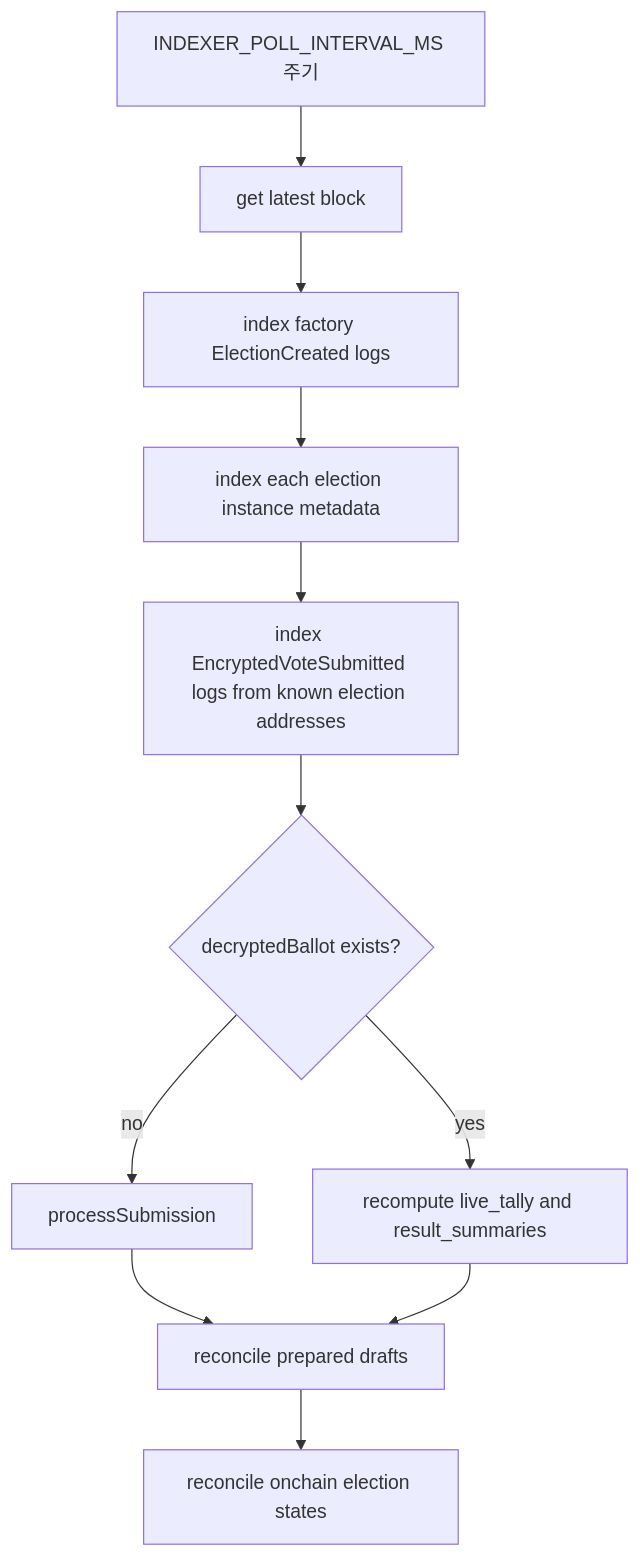
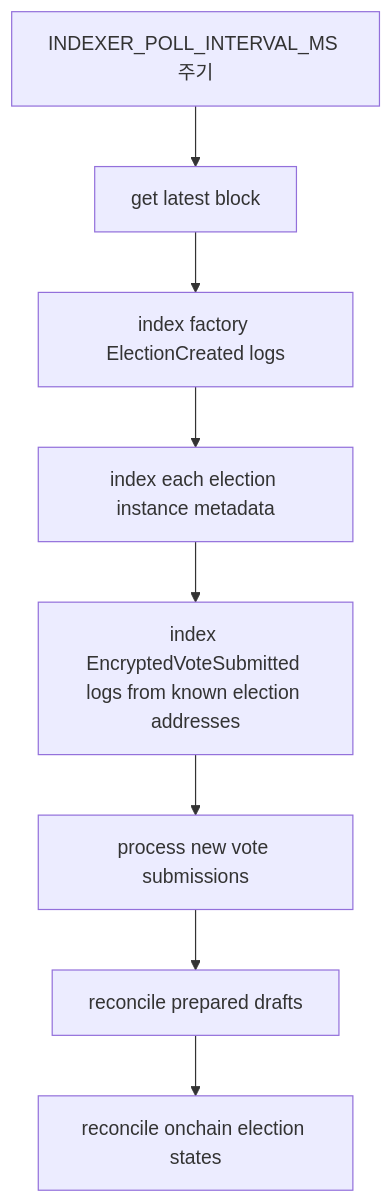
Before and after one commit to VESTAr-BAY/vestar-backend: the ninth of 14 diagrams in PRIVATE_ELECTION_ECC_ARCHITECTURE.md, drawn with Mermaid. The commit also changed other lines of this file, not shown here.

Commit message:
Trim replay details from architecture doc

````diff
--- a/PRIVATE_ELECTION_ECC_ARCHITECTURE.md
+++ b/PRIVATE_ELECTION_ECC_ARCHITECTURE.md
@@ -297,13 +295,10 @@
 ```mermaid
 flowchart TD
   A[INDEXER_POLL_INTERVAL_MS 주기] --> B[get latest block]
   B --> C[index factory ElectionCreated logs]
   C --> D[index each election instance metadata]
   D --> E[index EncryptedVoteSubmitted logs from known election addresses]
-  E --> F{decryptedBallot exists?}
-  F -- no --> G[processSubmission]
-  F -- yes --> H[recompute live_tally and result_summaries]
-  G --> I[reconcile prepared drafts]
-  H --> I
-  I --> J[reconcile onchain election states]
+  E --> F[process new vote submissions]
+  F --> G[reconcile prepared drafts]
+  G --> H[reconcile onchain election states]
 ```
````
